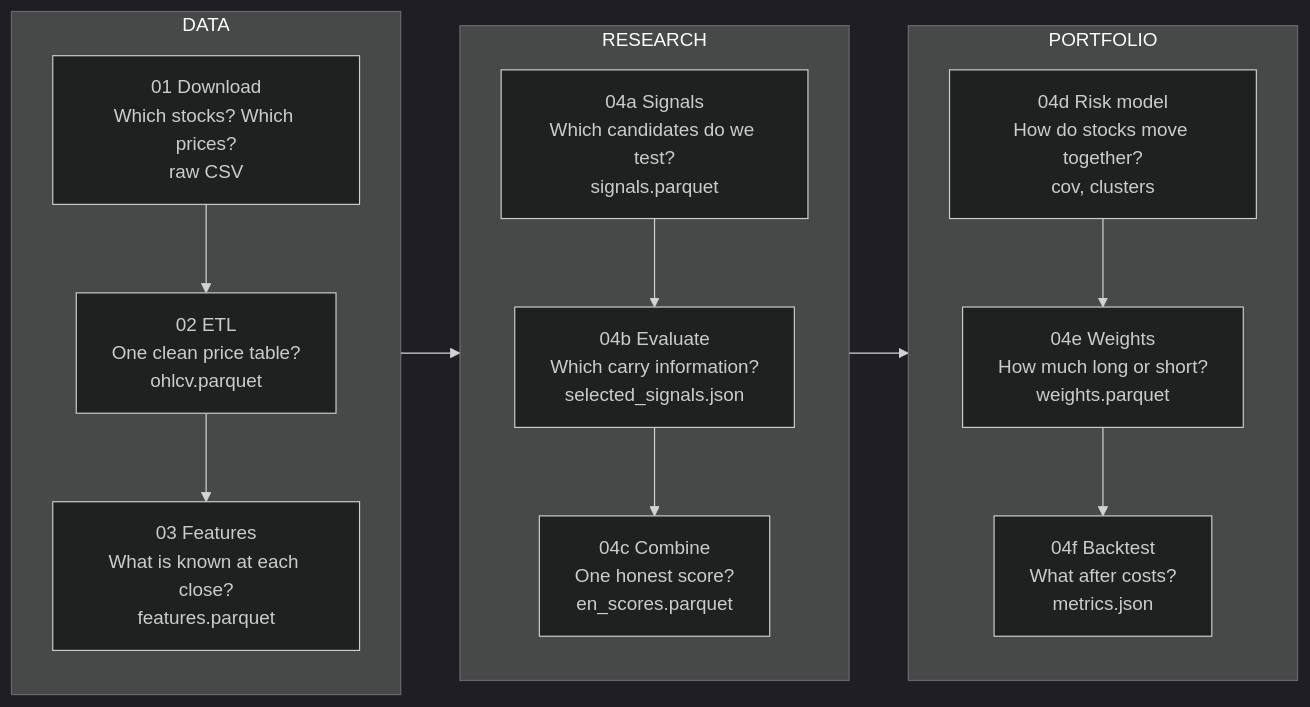
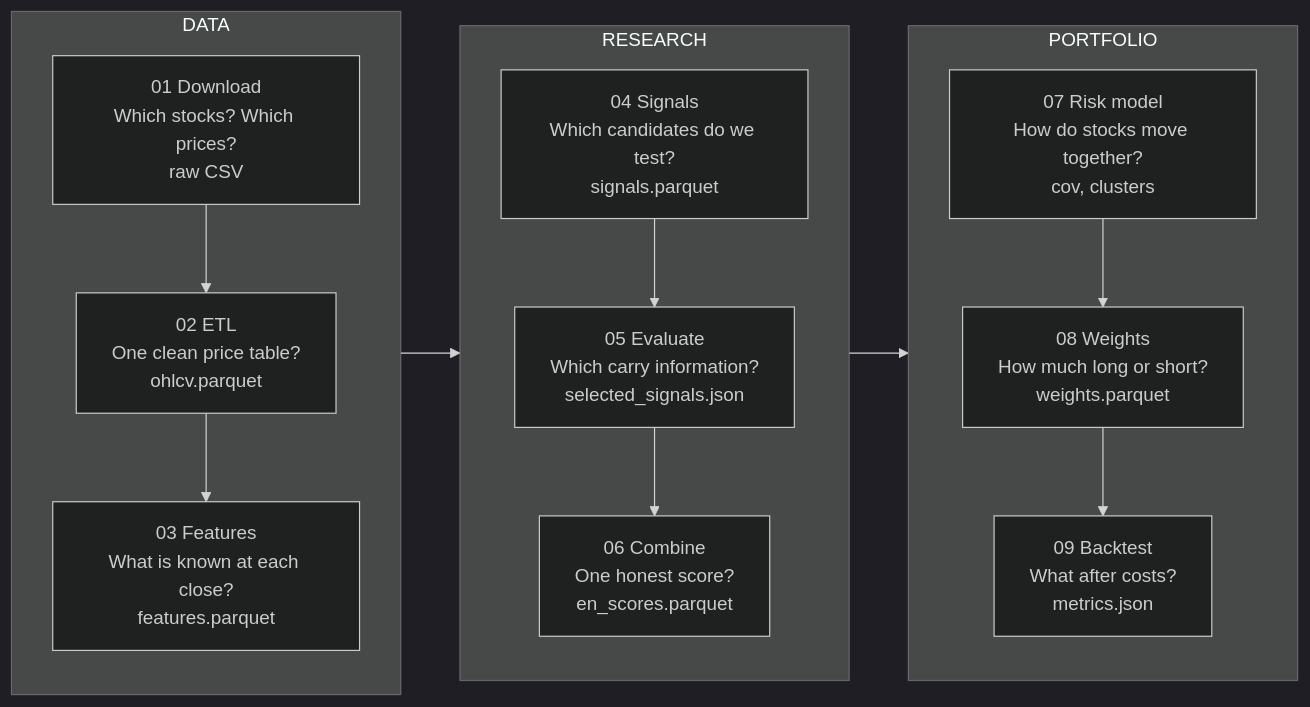
One commit to qlemoal/quant_alpha_lab changed the first of 12 diagrams in README.md. Above: the diagram before and after it, drawn with Mermaid (dark theme). The commit also changed other lines of this file and 10 other files, not shown here.

````diff
--- a/README.md
+++ b/README.md
@@ -52,25 +45,25 @@
 ```mermaid
 flowchart LR
     subgraph DATA["DATA"]
         direction TB
         A["01 Download<br/>Which stocks? Which prices?<br/>raw CSV"]
         B["02 ETL<br/>One clean price table?<br/>ohlcv.parquet"]
         C["03 Features<br/>What is known at each close?<br/>features.parquet"]
         A --> B --> C
     end
     subgraph RESEARCH["RESEARCH"]
         direction TB
-        D["04a Signals<br/>Which candidates do we test?<br/>signals.parquet"]
-        E["04b Evaluate<br/>Which carry information?<br/>selected_signals.json"]
-        F["04c Combine<br/>One honest score?<br/>en_scores.parquet"]
+        D["04 Signals<br/>Which candidates do we test?<br/>signals.parquet"]
+        E["05 Evaluate<br/>Which carry information?<br/>selected_signals.json"]
+        F["06 Combine<br/>One honest score?<br/>en_scores.parquet"]
         D --> E --> F
     end
     subgraph PORTFOLIO["PORTFOLIO"]
         direction TB
-        G["04d Risk model<br/>How do stocks move together?<br/>cov, clusters"]
-        H["04e Weights<br/>How much long or short?<br/>weights.parquet"]
-        I["04f Backtest<br/>What after costs?<br/>metrics.json"]
+        G["07 Risk model<br/>How do stocks move together?<br/>cov, clusters"]
+        H["08 Weights<br/>How much long or short?<br/>weights.parquet"]
+        I["09 Backtest<br/>What after costs?<br/>metrics.json"]
         G --> H --> I
     end
     DATA --> RESEARCH --> PORTFOLIO
 ```
````
